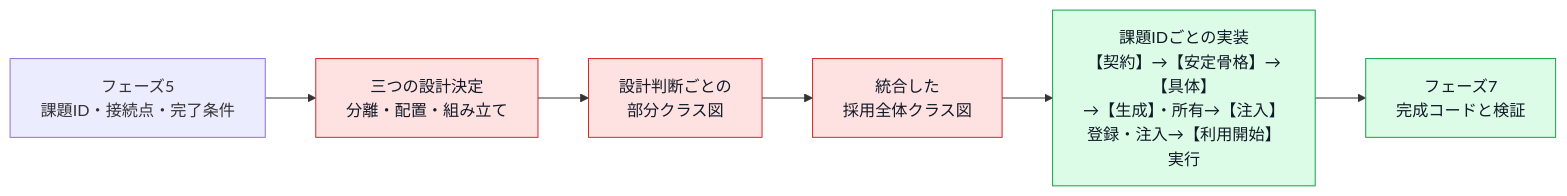
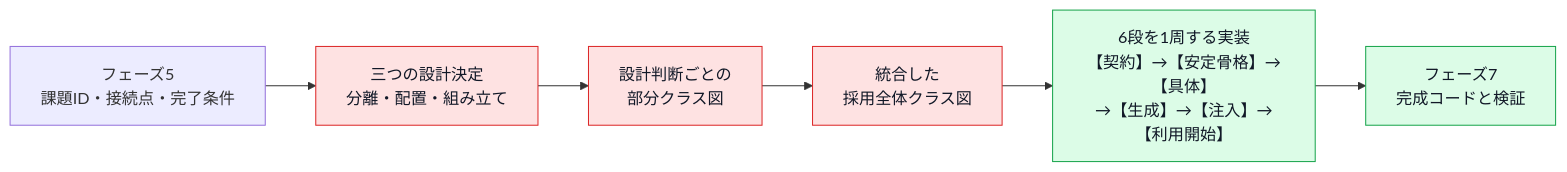
One commit to kumachan1101-pixel/DesignPattern changed the first of 8 diagrams in kindle/design-patterns/output/chapter00_2.md. Above: the diagram before and after it, drawn with Mermaid. The commit also changed other lines of this file and 8 other files, not shown here.

````diff
--- a/kindle/design-patterns/output/chapter00_2.md
+++ b/kindle/design-patterns/output/chapter00_2.md
@@ -69,16 +73,16 @@
 ```mermaid
 flowchart LR
     A["フェーズ5<br/>課題ID・接続点・完了条件"]
     B["三つの設計決定<br/>分離・配置・組み立て"]
     C["設計判断ごとの<br/>部分クラス図"]
     D["統合した<br/>採用全体クラス図"]
-    E["課題IDごとの実装<br/>【契約】→【安定骨格】→【具体】<br/>→【生成】・所有→【注入】登録・注入→【利用開始】実行"]
+    E["6段を1周する実装<br/>【契約】→【安定骨格】→【具体】<br/>→【生成】→【注入】→【利用開始】"]
     F["フェーズ7<br/>完成コードと検証"]
 
     A --> B --> C --> D --> E --> F
 
     classDef decision fill:#fee2e2,stroke:#dc2626,color:#111827;
     classDef implementation fill:#dcfce7,stroke:#16a34a,color:#111827;
     class B,C,D decision;
     class E,F implementation;
 ```
````
